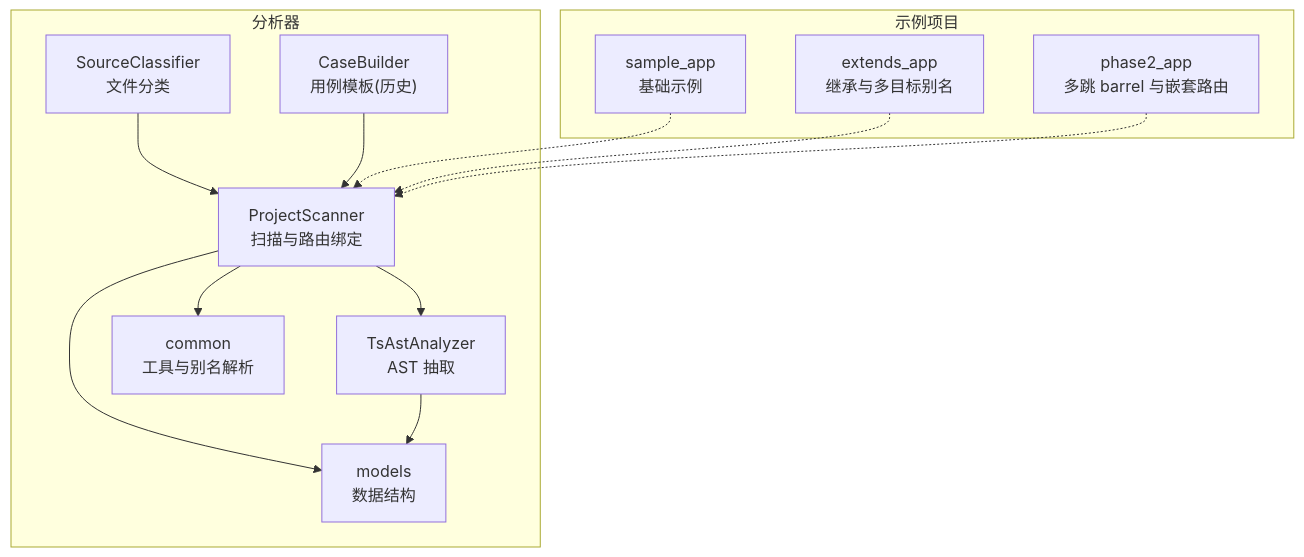
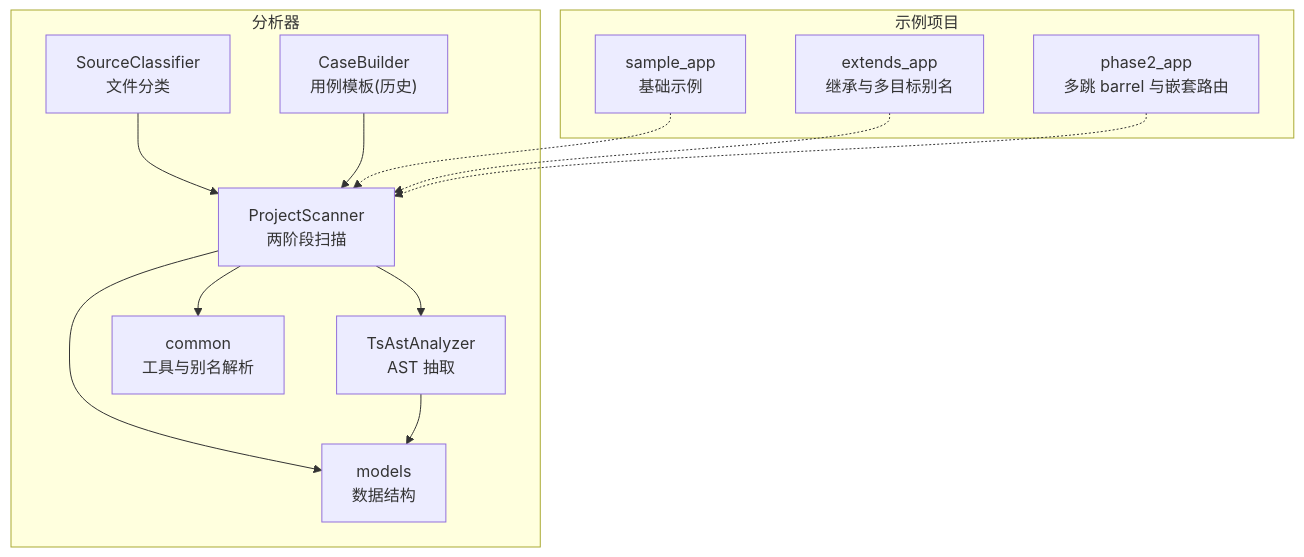
Before and after one commit to brand-new-remo/frontend-impact-analyzer: the first of 6 diagrams in .qoder/repowiki/zh/content/核心功能/项目结构扫描.md, drawn with Mermaid. The commit also changed other lines of this file and 8 other files, not shown here.

````diff
--- a/.qoder/repowiki/zh/content/核心功能/项目结构扫描.md
+++ b/.qoder/repowiki/zh/content/核心功能/项目结构扫描.md
@@ -48,25 +56,25 @@
 ```mermaid
 graph TB
 subgraph "分析器"
-PS["ProjectScanner<br/>扫描与路由绑定"]
+PS["ProjectScanner<br/>两阶段扫描"]
 TA["TsAstAnalyzer<br/>AST 抽取"]
 CMN["common<br/>工具与别名解析"]
 MD["models<br/>数据结构"]
 SC["SourceClassifier<br/>文件分类"]
 CB["CaseBuilder<br/>用例模板(历史)"]
 end
 subgraph "示例项目"
 SA["sample_app<br/>基础示例"]
 EA["extends_app<br/>继承与多目标别名"]
 PA["phase2_app<br/>多跳 barrel 与嵌套路由"]
 end
 PS --> TA
 PS --> CMN
 PS --> MD
 TA --> MD
 SC --> PS
 CB --> PS
 SA -.-> PS
 EA -.-> PS
 PA -.-> PS
 ```
````
